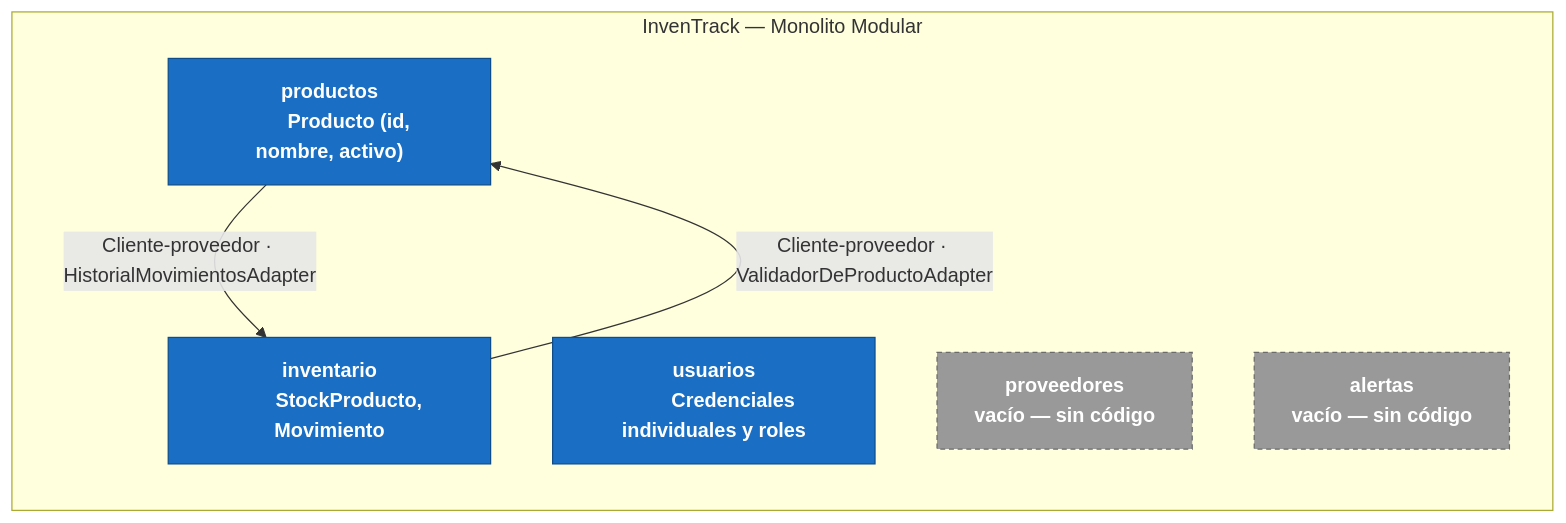
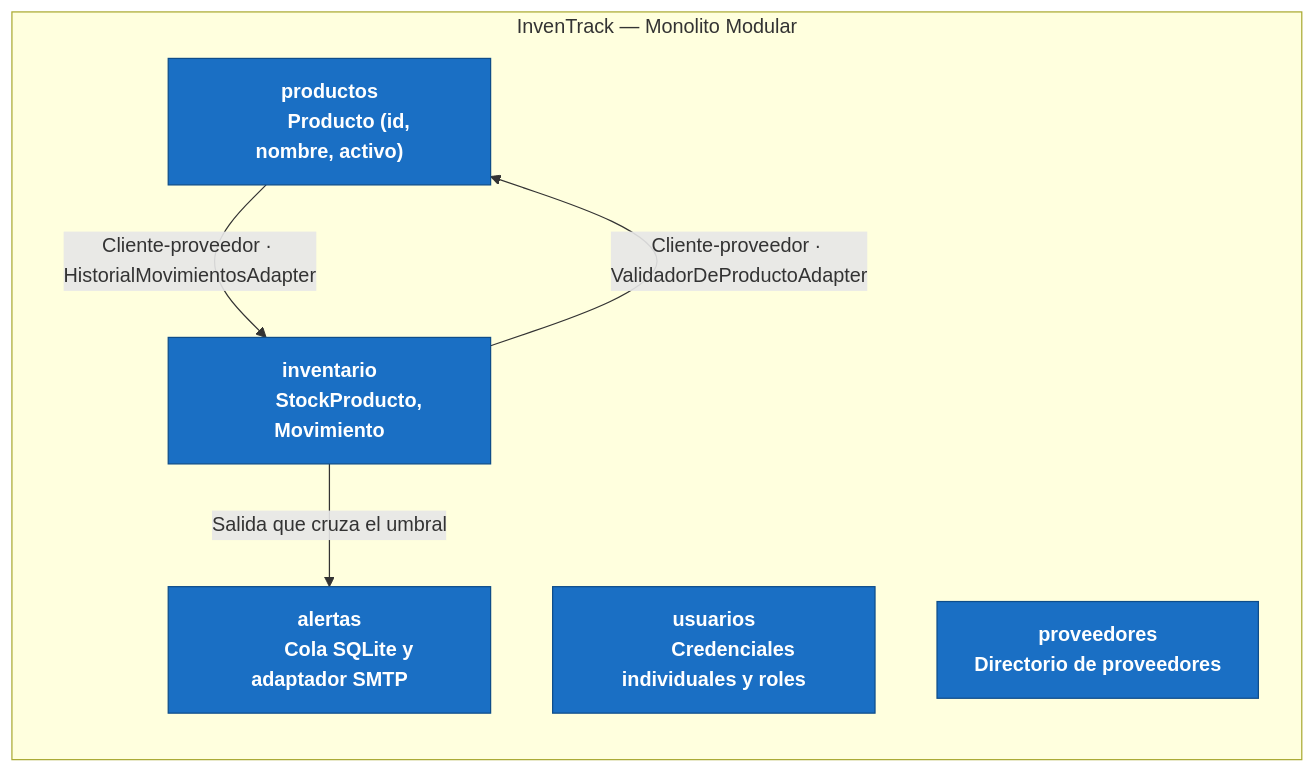
Before and after one commit to ISCOUTB/AS_202620_InvenTrack: the diagram in docs/context-map.md, drawn with Mermaid. The commit also changed other lines of this file and 31 other files, not shown here.

````diff
--- a/docs/context-map.md
+++ b/docs/context-map.md
@@ -8,24 +8,23 @@
 ```mermaid
 flowchart LR
     subgraph InvenTrack["InvenTrack — Monolito Modular"]
         Productos["productos
         Producto (id, nombre, activo)"]
         Inventario["inventario
         StockProducto, Movimiento"]
         Usuarios["usuarios
         Credenciales individuales y roles"]
         Proveedores["proveedores
-        vacío — sin código"]
+        Directorio de proveedores"]
         Alertas["alertas
-        vacío — sin código"]
+        Cola SQLite y adaptador SMTP"]
     end
 
     Productos -- "Cliente-proveedor · HistorialMovimientosAdapter" --> Inventario
     Inventario -- "Cliente-proveedor · ValidadorDeProductoAdapter" --> Productos
 
     classDef implementado fill:#1a6fc4,stroke:#0e4d8a,color:#ffffff,font-weight:bold
-    classDef vacio fill:#999999,stroke:#6b6b6b,color:#ffffff,font-weight:bold,stroke-dasharray: 4 3
+    Inventario -- "Salida que cruza el umbral" --> Alertas
 
-    class Productos,Inventario,Usuarios implementado
-    class Proveedores,Alertas vacio
+    class Productos,Inventario,Usuarios,Proveedores,Alertas implementado
 ```
````
